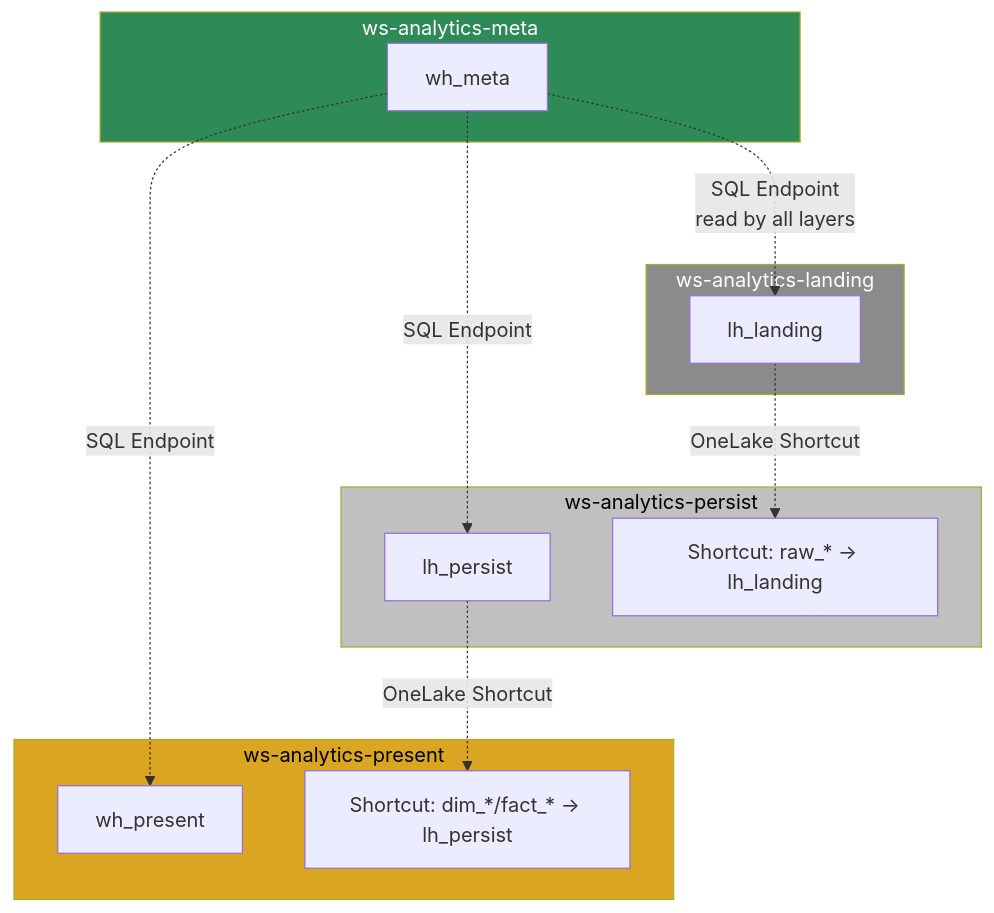
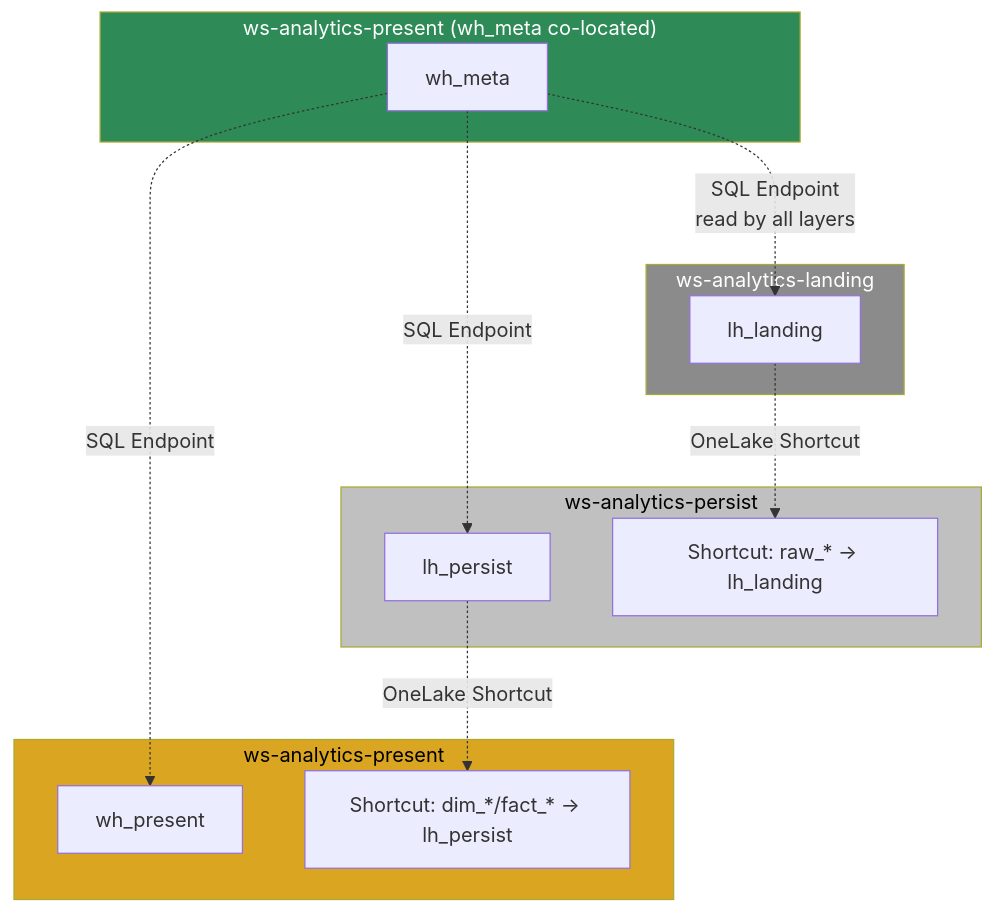
One commit to patrikborosch/AnalyticsPlatformAgents changed the second of 3 diagrams in output_examples/fabric-blueprint.md. Above: the diagram before and after it, drawn with Mermaid. The commit also changed other lines of this file and 11 other files, not shown here.

````diff
--- a/output_examples/fabric-blueprint.md
+++ b/output_examples/fabric-blueprint.md
@@ -148,31 +148,31 @@
 ```mermaid
 graph TD
-    subgraph WS_META["ws-analytics-meta"]
+    subgraph WS_META["ws-analytics-present (wh_meta co-located)"]
         WH_META["wh_meta"]
     end
 
     subgraph WS_LAND["ws-analytics-landing"]
         LH_L0["lh_landing"]
     end
 
     subgraph WS_PERS["ws-analytics-persist"]
         LH_L1["lh_persist"]
         SC_FROM_L0["Shortcut: raw_* → lh_landing"]
     end
 
     subgraph WS_PRES["ws-analytics-present"]
         WH_L2["wh_present"]
         SC_FROM_L1["Shortcut: dim_*/fact_* → lh_persist"]
     end
 
     LH_L0 -.->|"OneLake Shortcut"| SC_FROM_L0
     LH_L1 -.->|"OneLake Shortcut"| SC_FROM_L1
     WH_META -.->|"SQL Endpoint<br/>read by all layers"| LH_L0
     WH_META -.->|"SQL Endpoint"| LH_L1
     WH_META -.->|"SQL Endpoint"| WH_L2
 
     style WS_META fill:#2E8B57,color:#fff
     style WS_LAND fill:#8B8B8B,color:#fff
     style WS_PERS fill:#C0C0C0,color:#000
     style WS_PRES fill:#DAA520,color:#000
 ```
````
